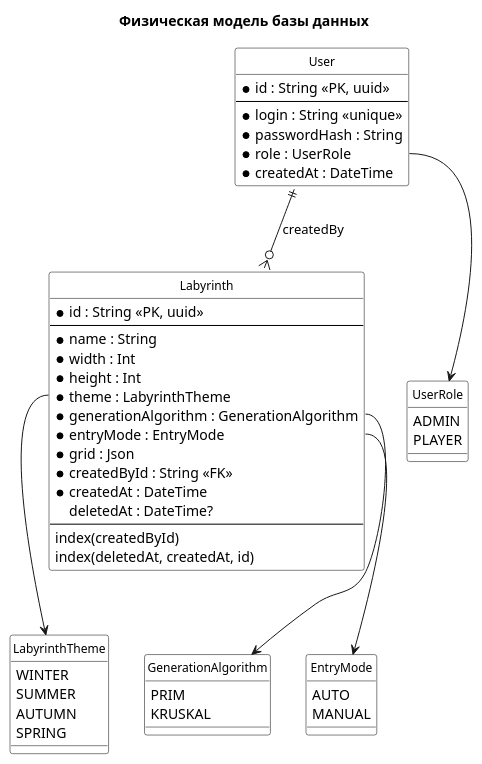
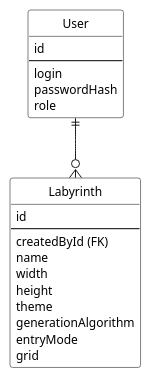
The diagram in diagrams/data/physical-data-model.puml (ozcnii/software-engineering), drawn with PlantUML before and after one commit. The commit also changed 11 other files, not shown here.

```diff
--- a/diagrams/data/physical-data-model.puml
+++ b/diagrams/data/physical-data-model.puml
@@ -1,68 +1,34 @@
 @startuml
-title Физическая модель базы данных
-
+hide circle
 skinparam backgroundColor #FFFFFF
 skinparam DefaultFontName Helvetica
+skinparam DefaultFontSize 12
 skinparam class {
   BackgroundColor #FFFFFF
   BorderColor #000000
-  FontSize 12
 }
-hide circle
 
 entity "User" as User {
-  * id : String <<PK, uuid>>
+  id
   --
-  * login : String <<unique>>
-  * passwordHash : String
-  * role : UserRole
-  * createdAt : DateTime
+  login
+  passwordHash
+  role
 }
 
 entity "Labyrinth" as Labyrinth {
-  * id : String <<PK, uuid>>
+  id
   --
-  * name : String
-  * width : Int
-  * height : Int
-  * theme : LabyrinthTheme
-  * generationAlgorithm : GenerationAlgorithm
-  * entryMode : EntryMode
-  * grid : Json
-  * createdById : String <<FK>>
-  * createdAt : DateTime
-  deletedAt : DateTime?
-  --
-  index(createdById)
-  index(deletedAt, createdAt, id)
+  createdById (FK)
+  name
+  width
+  height
+  theme
+  generationAlgorithm
+  entryMode
+  grid
 }
 
-enum UserRole {
-  ADMIN
-  PLAYER
-}
-
-enum LabyrinthTheme {
-  WINTER
-  SUMMER
-  AUTUMN
-  SPRING
-}
-
-enum GenerationAlgorithm {
-  PRIM
-  KRUSKAL
-}
-
-enum EntryMode {
-  AUTO
-  MANUAL
-}
-
-User ||--o{ Labyrinth : createdBy
-User::role --> UserRole
-Labyrinth::theme --> LabyrinthTheme
-Labyrinth::generationAlgorithm --> GenerationAlgorithm
-Labyrinth::entryMode --> EntryMode
+User ||--o{ Labyrinth
 
 @enduml
```
